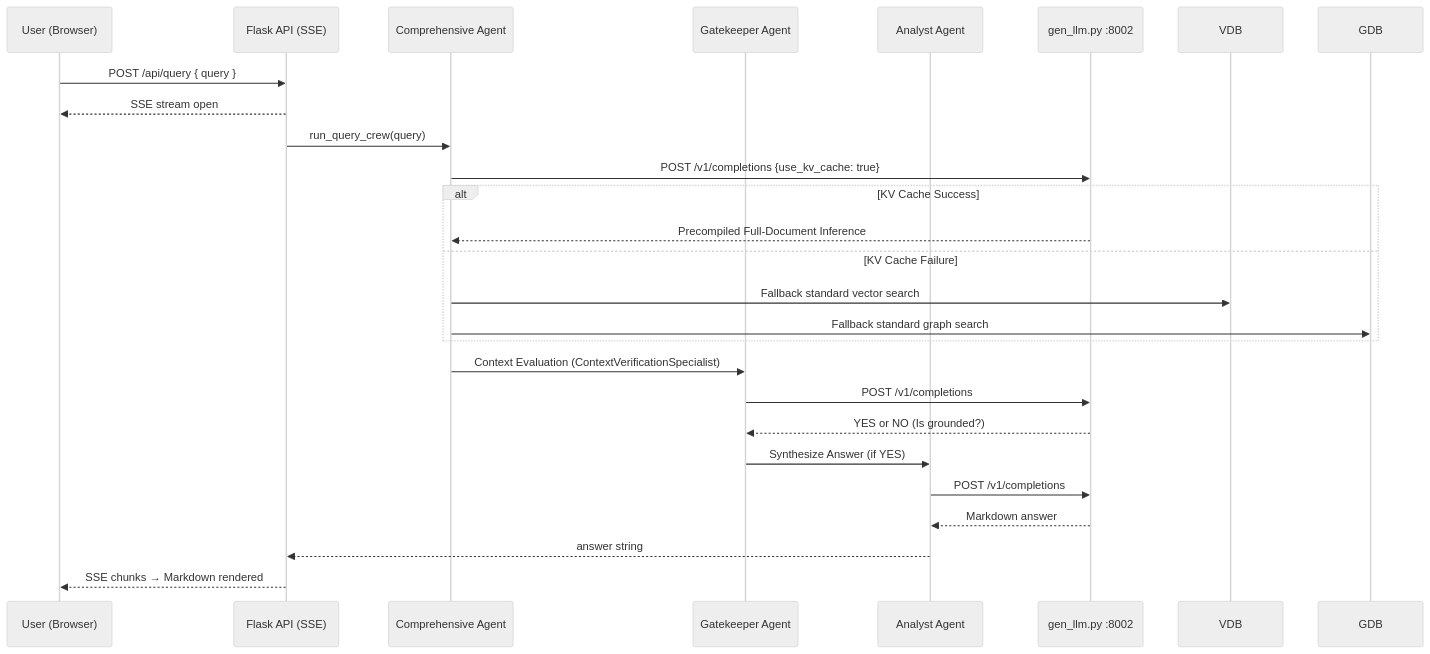
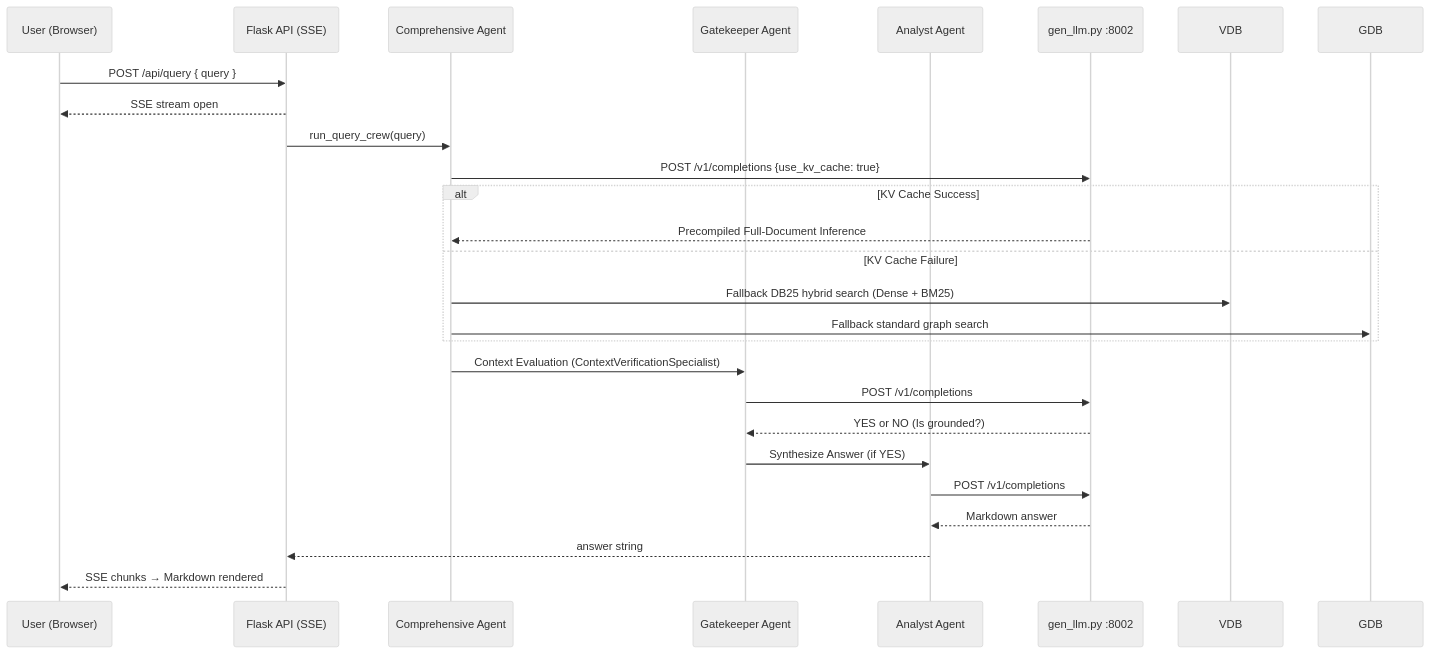
One commit to Sam-max1/healthexpert changed the third of 3 diagrams in HEALTHEXPERT_ARCHITECTURE_DESIGN.md. Above: the diagram before and after it, drawn with Mermaid (neutral theme). The commit also changed other lines of this file and 22 other files, not shown here.

````diff
--- a/HEALTHEXPERT_ARCHITECTURE_DESIGN.md
+++ b/HEALTHEXPERT_ARCHITECTURE_DESIGN.md
@@ -106,34 +106,34 @@
 ```mermaid
 sequenceDiagram
     participant U as User (Browser)
     participant F as Flask API (SSE)
     participant CA as Comprehensive Agent
     participant GA as Gatekeeper Agent
     participant AA as Analyst Agent
     participant GS as gen_llm.py :8002
 
     U->>F: POST /api/query { query }
     F-->>U: SSE stream open
     F->>CA: run_query_crew(query)
     
     %% Phase 1
     CA->>GS: POST /v1/completions {use_kv_cache: true}
     alt KV Cache Success
         GS-->>CA: Precompiled Full-Document Inference
     else KV Cache Failure
-        CA->>VDB: Fallback standard vector search
+        CA->>VDB: Fallback DB25 hybrid search (Dense + BM25)
         CA->>GDB: Fallback standard graph search
     end
     
     %% Phase 2
     CA->>GA: Context Evaluation (ContextVerificationSpecialist)
     GA->>GS: POST /v1/completions
     GS-->>GA: YES or NO (Is grounded?)
     
     %% Phase 3
     GA->>AA: Synthesize Answer (if YES)
     AA->>GS: POST /v1/completions
     GS-->>AA: Markdown answer
     AA-->>F: answer string
     F-->>U: SSE chunks → Markdown rendered
 ```
````
